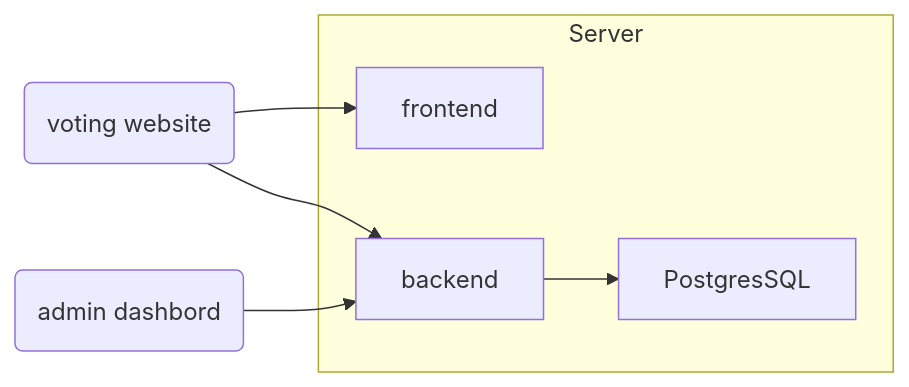
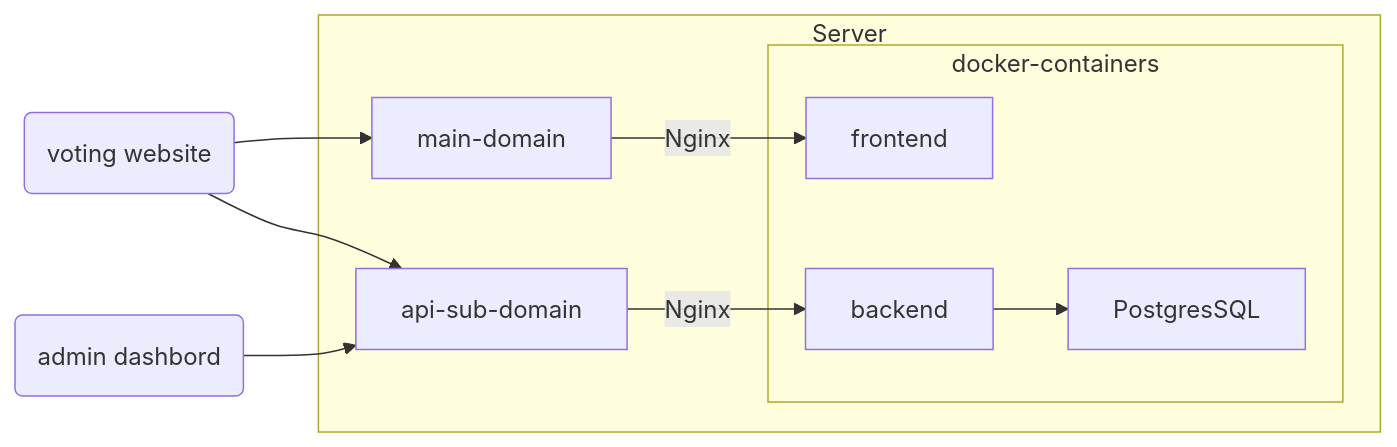
One commit to equal-shares/equal-shares changed the diagram in README.md. Above: the diagram before and after it, drawn with Mermaid. The commit also changed other lines of this file and 2 other files, not shown here.

````diff
--- a/README.md
+++ b/README.md
@@ -213,11 +215,15 @@
 ```mermaid
 flowchart LR
-  react(voting website) --> frontend
-  react(voting website) --> backend
-  admin(admin dashbord) --> backend
+  react(voting website) --> main-domain
+  react(voting website) --> api-sub-domain
+  admin(admin dashbord) --> api-sub-domain
   subgraph Server
-    frontend
-    backend
-    backend --> PostgresSQL
+    subgraph docker-containers
+      frontend
+      backend --> PostgresSQL
+    end
+
+    main-domain -->|Nginx| frontend
+    api-sub-domain -->|Nginx| backend
   end
 ```
````
